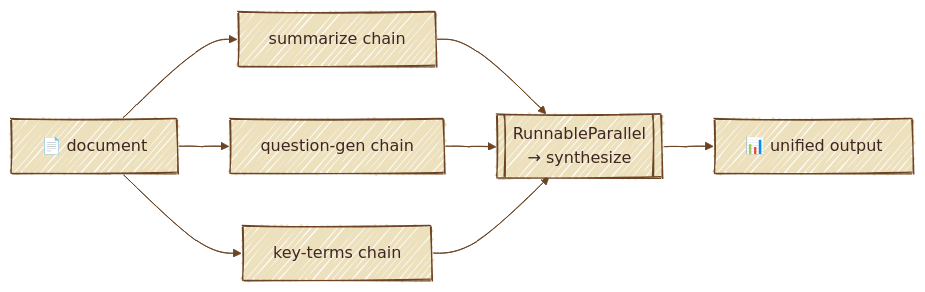
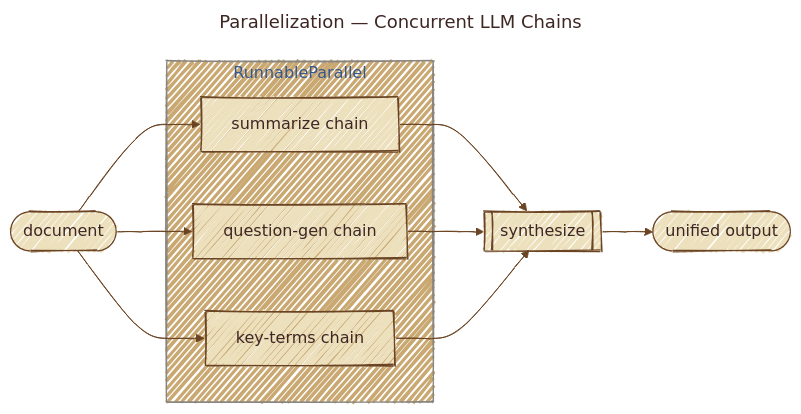
One commit to gtesei/agentic_design_patterns changed the third of 29 diagrams in README.md. Above: the diagram before and after it, drawn with Mermaid. The commit also changed other lines of this file, not shown here.

Commit message:
docs(1_prompt_chain): add Mermaid diagram of the spec→JSON chain

````diff
--- a/README.md
+++ b/README.md
@@ -275,17 +299,20 @@
 ```mermaid
+---
+title: Parallelization — Concurrent LLM Chains
+---
 %%{init: {'look':'handDrawn','theme':'base','themeVariables':{'background':'#f5ecd9','primaryColor':'#ede0bd','primaryBorderColor':'#6b4423','primaryTextColor':'#3e2723','lineColor':'#6b4423','secondaryColor':'#d4b483','tertiaryColor':'#c9a872','fontFamily':'Caveat, Patrick Hand, cursive'}}}%%
 flowchart LR
-    Doc["📄 document"]
-    S[summarize chain]
-    Q[question-gen chain]
-    K[key-terms chain]
-    Syn[["RunnableParallel<br/>→ synthesize"]]
-    Out["📊 unified output"]
-    Doc --> S
-    Doc --> Q
-    Doc --> K
-    S --> Syn
-    Q --> Syn
-    K --> Syn
-    Syn --> Out
+    Doc([document])
+    Out([unified output])
+
+    subgraph parallel ["RunnableParallel"]
+        S[summarize chain]
+        Q[question-gen chain]
+        K[key-terms chain]
+    end
+
+    Syn[[synthesize]]
+
+    Doc --> S & Q & K
+    S & Q & K --> Syn --> Out
 ```
````
